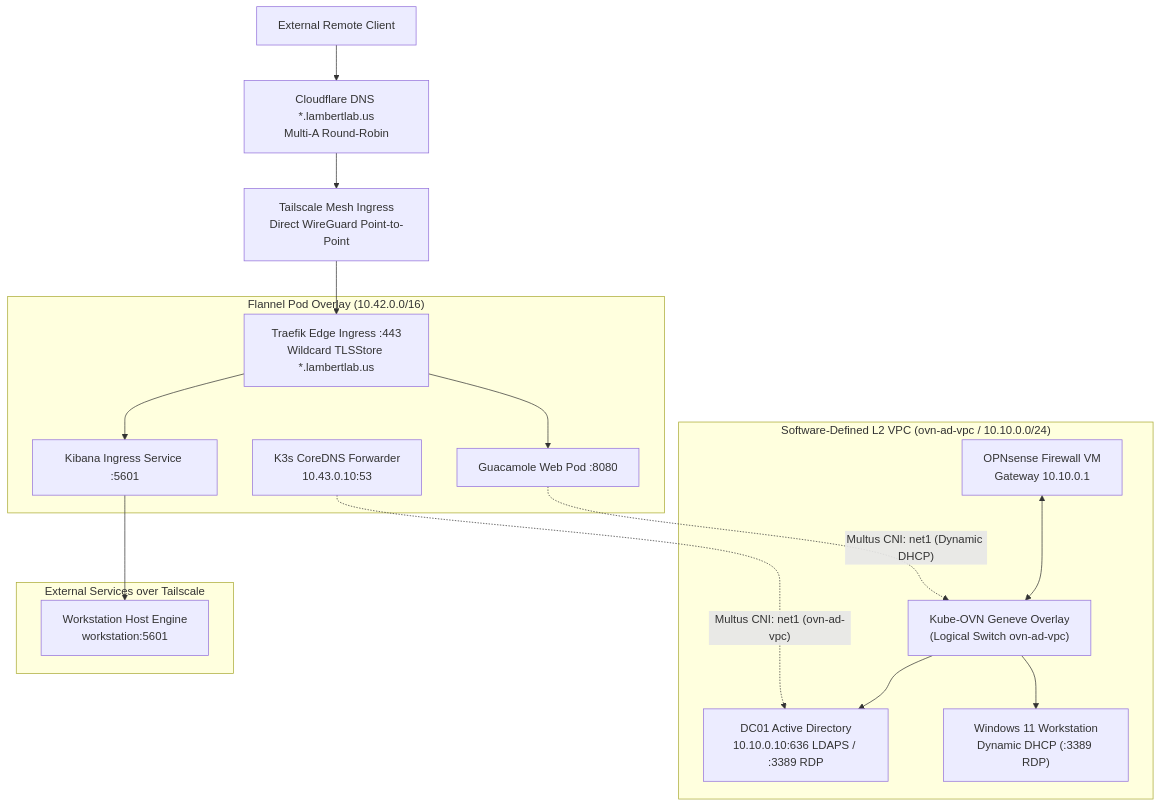
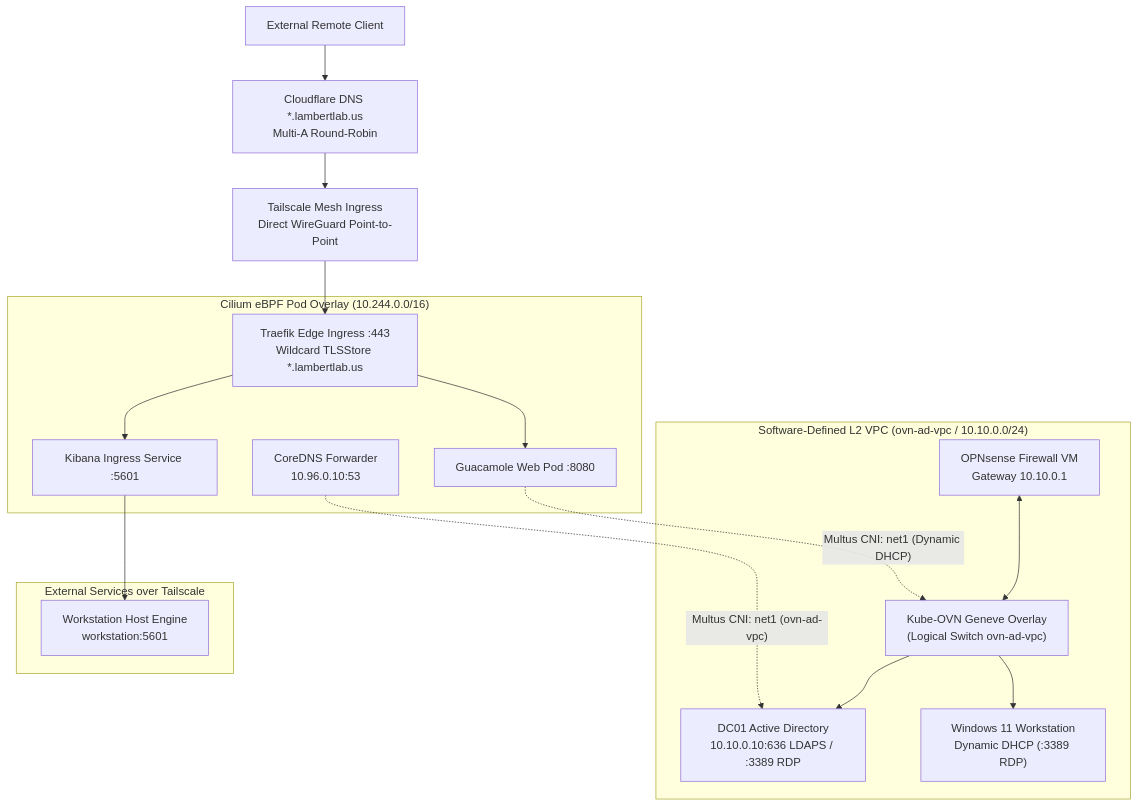
The first of 2 diagrams in docs/architecture/networking.md (ChrisLambert03/homelab), drawn with Mermaid before and after one commit. The commit also changed other lines of this file and 14 other files, not shown here.

Commit message:
docs: modernize architecture, scrub legacy K3s/Flannel/CIDRs, and standardize Elastic Stack

````diff
--- a/docs/architecture/networking.md
+++ b/docs/architecture/networking.md
@@ -9,25 +9,25 @@
 ```mermaid
 graph TD
     Client["External Remote Client"] --> CF["Cloudflare DNS *.lambertlab.us<br/>Multi-A Round-Robin"]
     CF --> TS["Tailscale Mesh Ingress<br/>Direct WireGuard Point-to-Point"]
     TS --> Traefik["Traefik Edge Ingress :443<br/>Wildcard TLSStore *.lambertlab.us"]
     
-    subgraph Flannel["Flannel Pod Overlay (10.42.0.0/16)"]
+    subgraph Cilium["Cilium eBPF Pod Overlay (10.244.0.0/16)"]
         Traefik --> GuacPod["Guacamole Web Pod :8080"]
         Traefik --> KibanaPod["Kibana Ingress Service :5601"]
-        CoreDNS["K3s CoreDNS Forwarder<br/>10.43.0.10:53"]
+        CoreDNS["CoreDNS Forwarder<br/>10.96.0.10:53"]
     end
     
     subgraph OVN["Software-Defined L2 VPC (ovn-ad-vpc / 10.10.0.0/24)"]
         OVNSwitch["Kube-OVN Geneve Overlay<br/>(Logical Switch ovn-ad-vpc)"]
         OPNsense["OPNsense Firewall VM<br/>Gateway 10.10.0.1"] <--> OVNSwitch
         GuacPod -.->|"Multus CNI: net1 (Dynamic DHCP)"| OVNSwitch
         OVNSwitch --> DC01["DC01 Active Directory<br/>10.10.0.10:636 LDAPS / :3389 RDP"]
         OVNSwitch --> Win11["Windows 11 Workstation<br/>Dynamic DHCP (:3389 RDP)"]
         CoreDNS -.->|"Multus CNI: net1 (ovn-ad-vpc)"| DC01
     end
 
     subgraph External["External Services over Tailscale"]
         KibanaPod --> WorkstationNode["Workstation Host Engine<br/>workstation:5601"]
     end
 ```
````
